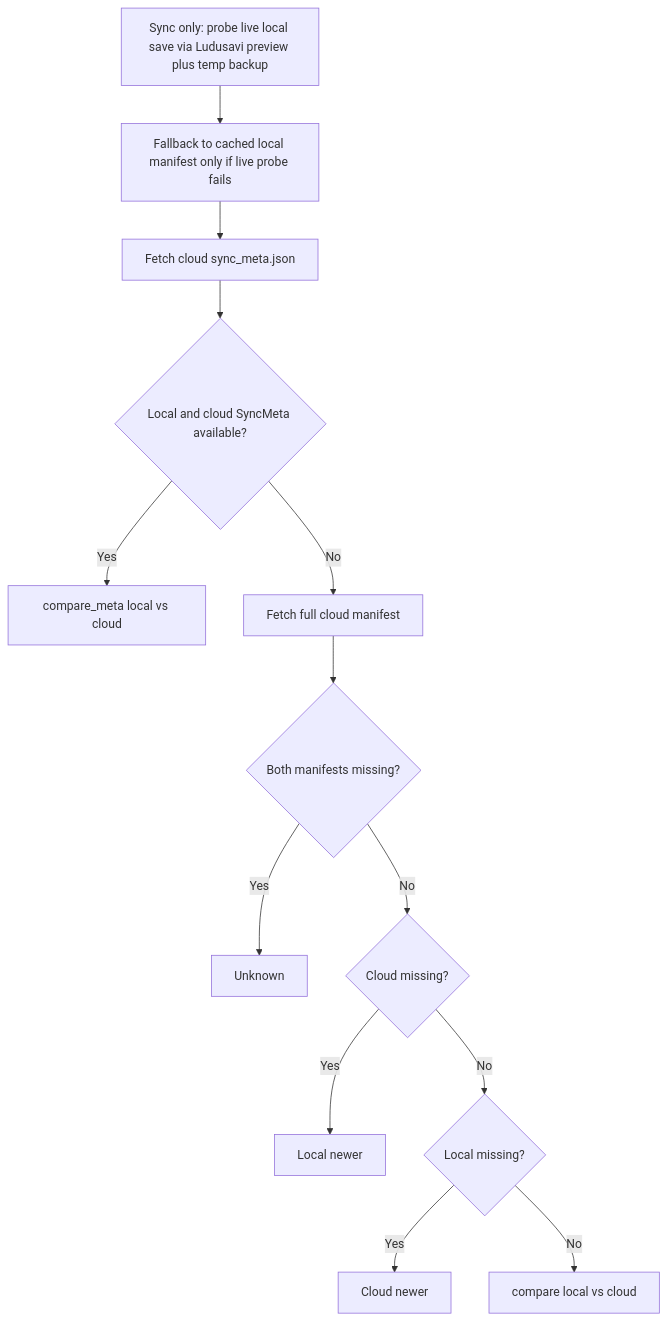
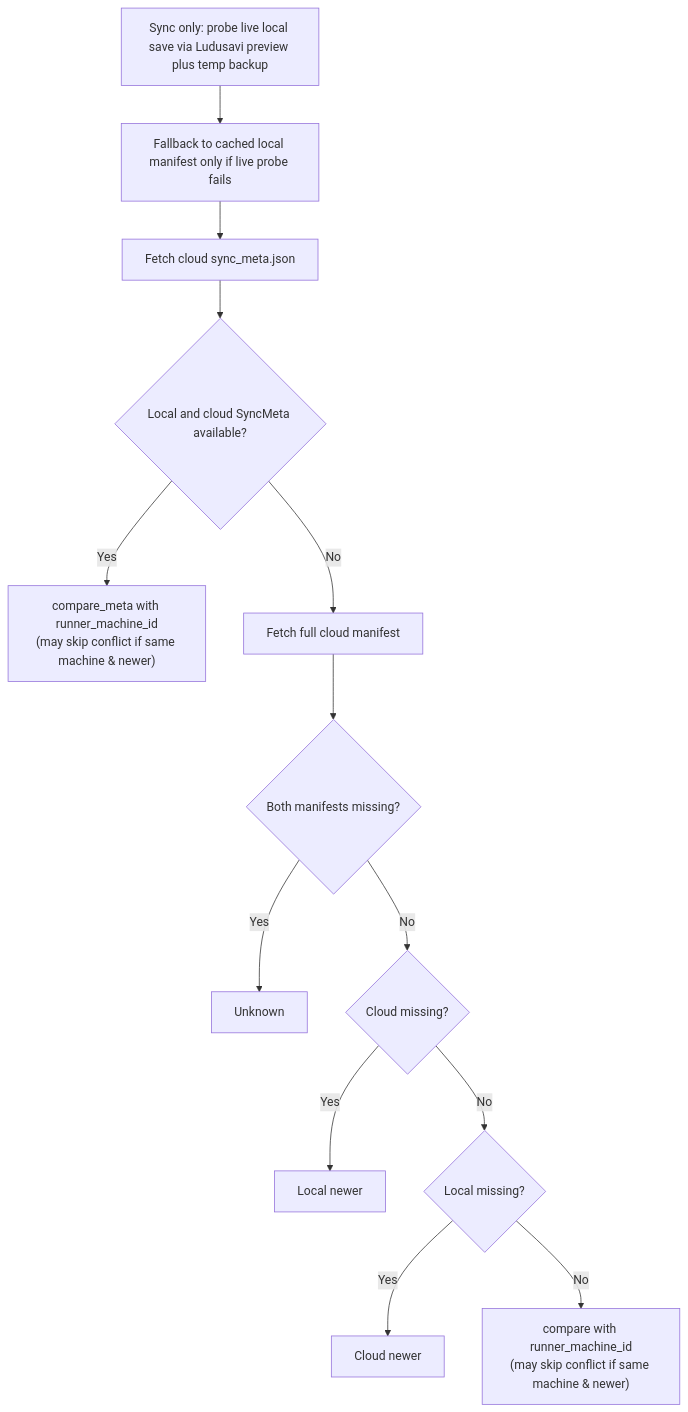
One commit to d1p/savesync changed the fourth of 7 diagrams in docs/TECHNICAL.md. Above: the diagram before and after it, drawn with Mermaid. The commit also changed other lines of this file, not shown here.

````diff
--- a/docs/TECHNICAL.md
+++ b/docs/TECHNICAL.md
@@ -208,15 +233,15 @@
 ```mermaid
 flowchart TD
     A[Sync only: probe live local save via Ludusavi preview plus temp backup] --> B[Fallback to cached local manifest only if live probe fails]
     B --> C[Fetch cloud sync_meta.json]
     C --> D{Local and cloud SyncMeta available?}
-    D -->|Yes| E[compare_meta local vs cloud]
+    D -->|Yes| E["compare_meta with runner_machine_id<br/>(may skip conflict if same machine &amp; newer)"]
     D -->|No| F[Fetch full cloud manifest]
     F --> G{Both manifests missing?}
     G -->|Yes| H[Unknown]
     G -->|No| I{Cloud missing?}
     I -->|Yes| J[Local newer]
     I -->|No| K{Local missing?}
     K -->|Yes| L[Cloud newer]
-    K -->|No| M[compare local vs cloud]
+    K -->|No| M["compare with runner_machine_id<br/>(may skip conflict if same machine &amp; newer)"]
 ```
````
